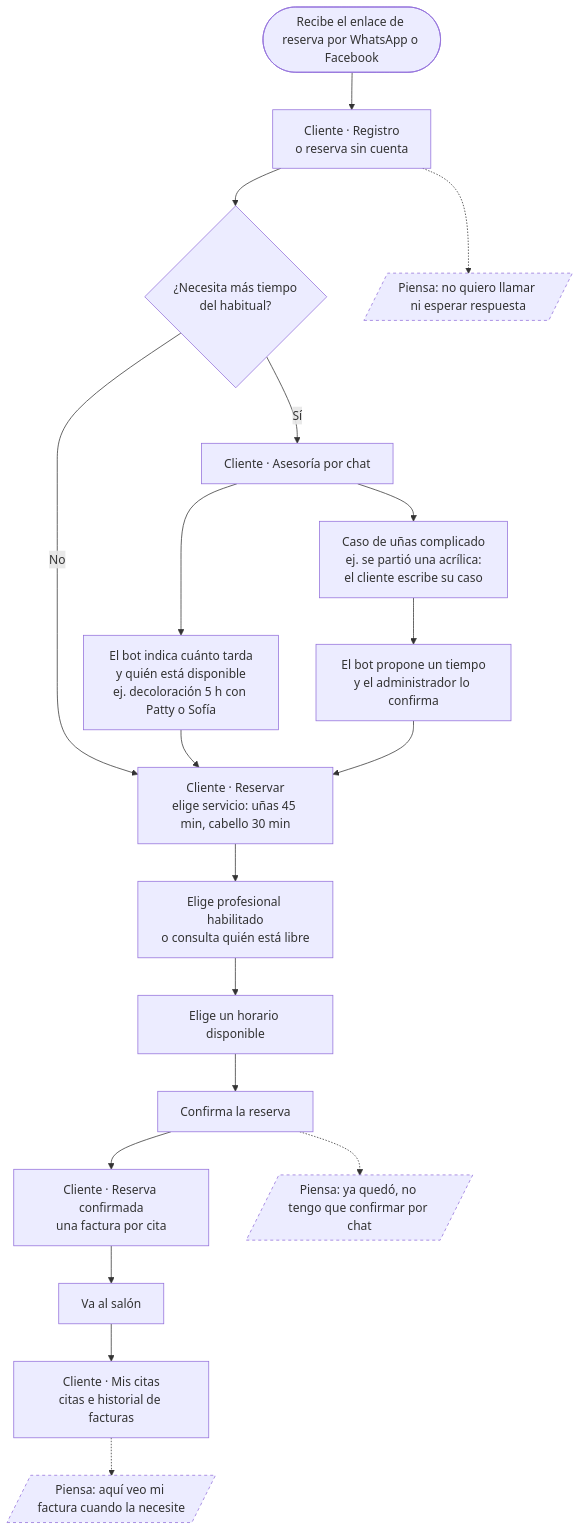
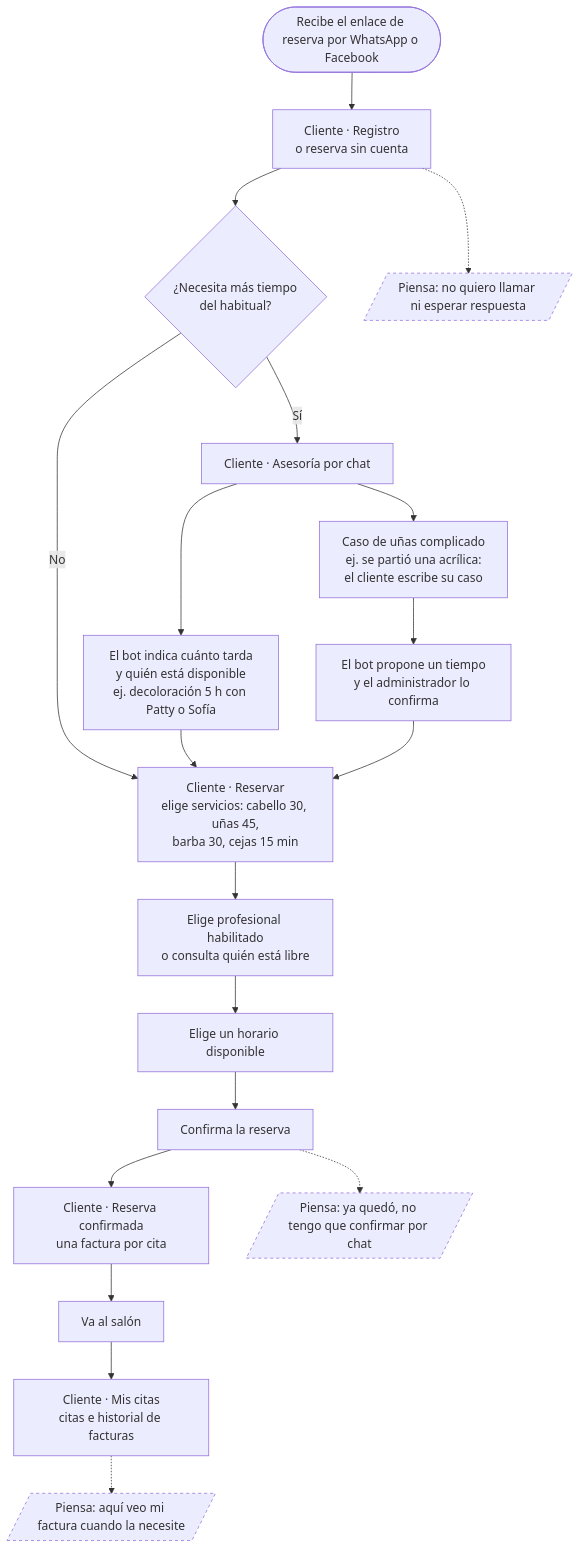
One commit to svzapatac/Citara changed the first of 4 diagrams in docs/flujos-de-usuario.md. Above: the diagram before and after it, drawn with Mermaid. The commit also changed other lines of this file and 7 other files, not shown here.

````diff
--- a/docs/flujos-de-usuario.md
+++ b/docs/flujos-de-usuario.md
@@ -9,24 +9,24 @@
 ```mermaid
 flowchart TD
     A([Recibe el enlace de reserva por WhatsApp o Facebook]) --> B[Cliente · Registro<br/>o reserva sin cuenta]
     B --> C{¿Necesita más tiempo<br/>del habitual?}
-    C -- No --> D[Cliente · Reservar<br/>elige servicio: uñas 45 min, cabello 30 min]
+    C -- No --> D[Cliente · Reservar<br/>elige servicios: cabello 30, uñas 45,<br/>barba 30, cejas 15 min]
     C -- Sí --> K[Cliente · Asesoría por chat]
     K --> L[El bot indica cuánto tarda<br/>y quién está disponible<br/>ej. decoloración 5 h con Patty o Sofía]
     K --> M[Caso de uñas complicado<br/>ej. se partió una acrílica:<br/>el cliente escribe su caso]
     M --> N[El bot propone un tiempo<br/>y el administrador lo confirma]
     L --> D
     N --> D
     D --> E[Elige profesional habilitado<br/>o consulta quién está libre]
     E --> F[Elige un horario disponible]
     F --> G[Confirma la reserva]
     G --> H[Cliente · Reserva confirmada<br/>una factura por cita]
     H --> I[Va al salón]
     I --> J[Cliente · Mis citas<br/>citas e historial de facturas]
     B -.-> p1[/"Piensa: no quiero llamar ni esperar respuesta"/]
     G -.-> p2[/"Piensa: ya quedó, no tengo que confirmar por chat"/]
     J -.-> p3[/"Piensa: aquí veo mi factura cuando la necesite"/]
     style p1 stroke-dasharray: 4 4
     style p2 stroke-dasharray: 4 4
     style p3 stroke-dasharray: 4 4
 ```
````
